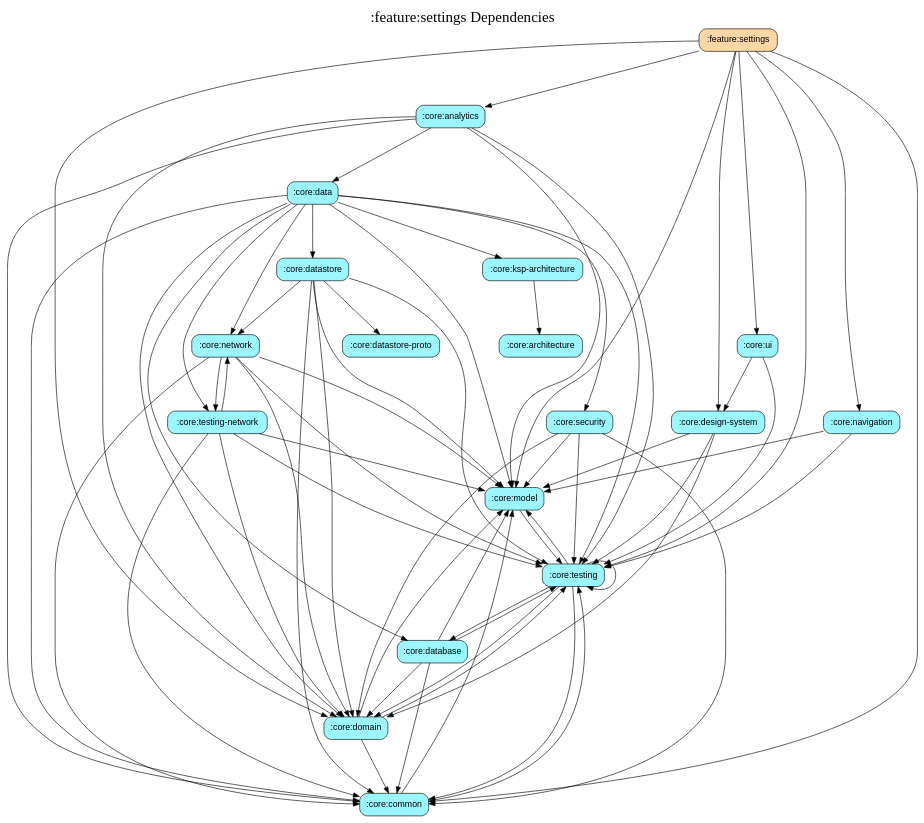
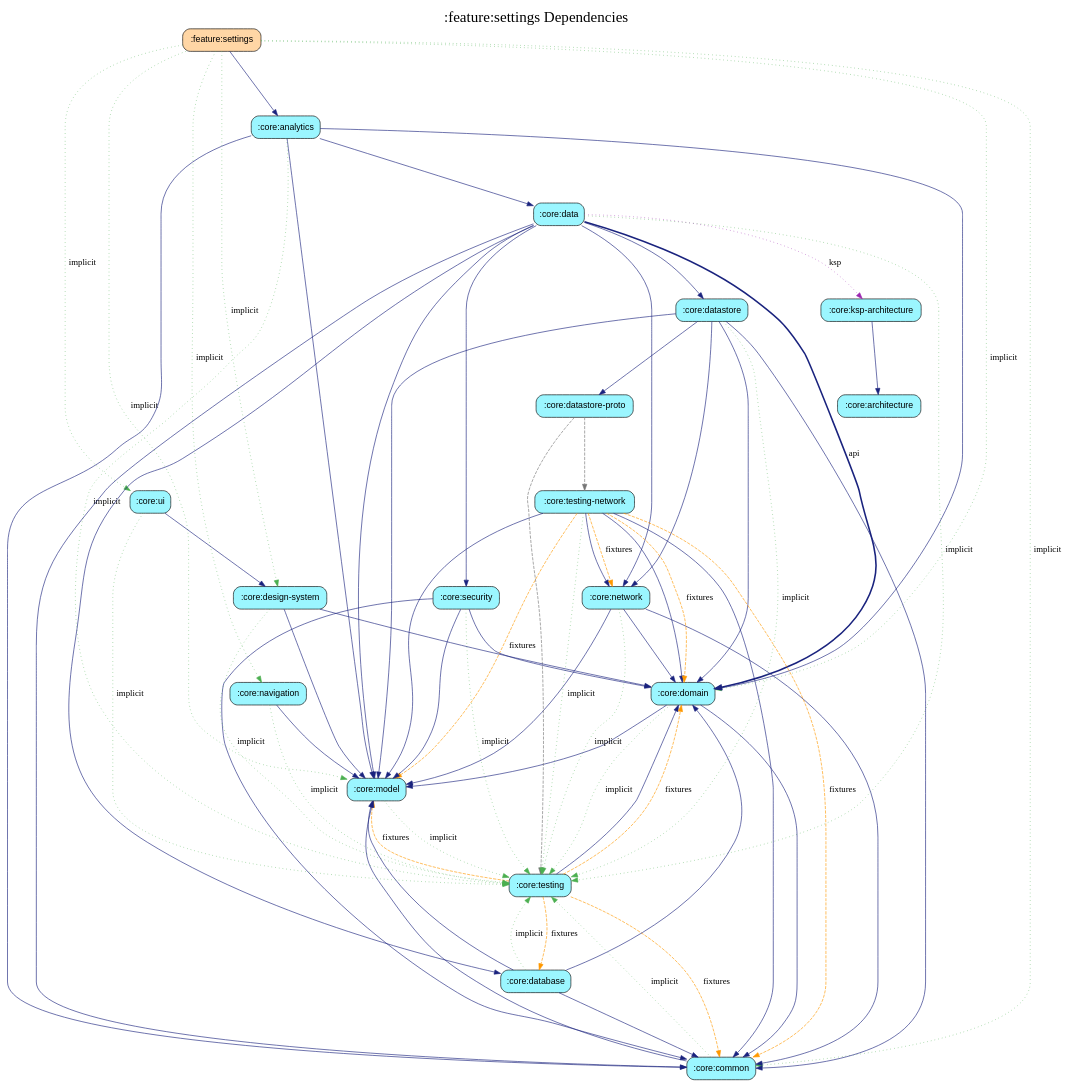
One commit to harrykibet/RealEstateApp-Android changed the diagram in feature/settings/module_graph.gv. Above: the diagram before and after it, drawn with Graphviz. The commit also changed 91 other files, not shown here.

```diff
--- a/feature/settings/module_graph.gv
+++ b/feature/settings/module_graph.gv
@@ -1,88 +1,91 @@
 digraph {
-  graph [label=":feature:settings Dependencies", labelloc=t, fontsize=24, ranksep=1.2];
+  graph [label=":feature:settings Dependencies", labelloc=t, fontsize=24, ranksep=1.4];
   node [style=filled, fillcolor="#bbdefb", fontname="sans-serif", shape=box, style="rounded,filled"];
   ":feature:settings" [fillcolor="#FFD6A5"];
   ":core:analytics" [fillcolor="#9BF6FF"];
   ":core:data" [fillcolor="#9BF6FF"];
-  ":core:ksp-architecture" [fillcolor="#9BF6FF"];
-  ":core:architecture" [fillcolor="#9BF6FF"];
+  ":core:domain" [fillcolor="#9BF6FF"];
   ":core:model" [fillcolor="#9BF6FF"];
   ":core:testing" [fillcolor="#9BF6FF"];
-  ":core:domain" [fillcolor="#9BF6FF"];
   ":core:common" [fillcolor="#9BF6FF"];
   ":core:database" [fillcolor="#9BF6FF"];
   ":core:datastore" [fillcolor="#9BF6FF"];
   ":core:network" [fillcolor="#9BF6FF"];
+  ":core:datastore-proto" [fillcolor="#9BF6FF"];
   ":core:testing-network" [fillcolor="#9BF6FF"];
-  ":core:datastore-proto" [fillcolor="#9BF6FF"];
   ":core:security" [fillcolor="#9BF6FF"];
+  ":core:ksp-architecture" [fillcolor="#9BF6FF"];
+  ":core:architecture" [fillcolor="#9BF6FF"];
   ":core:ui" [fillcolor="#9BF6FF"];
   ":core:design-system" [fillcolor="#9BF6FF"];
   ":core:navigation" [fillcolor="#9BF6FF"];
-  ":core:analytics" -> ":core:data"
-  ":core:analytics" -> ":core:domain"
-  ":core:analytics" -> ":core:model"
-  ":core:analytics" -> ":core:common"
-  ":core:analytics" -> ":core:testing"
-  ":core:network" -> ":core:common"
-  ":core:network" -> ":core:domain"
-  ":core:network" -> ":core:model"
-  ":core:network" -> ":core:testing-network"
-  ":core:network" -> ":core:testing"
-  ":core:ui" -> ":core:design-system"
-  ":core:ui" -> ":core:testing"
-  ":core:common" -> ":core:model"
-  ":core:common" -> ":core:testing"
-  ":core:navigation" -> ":core:model"
-  ":core:navigation" -> ":core:testing"
-  ":core:data" -> ":core:ksp-architecture"
-  ":core:data" -> ":core:model"
-  ":core:data" -> ":core:domain"
-  ":core:data" -> ":core:datastore"
-  ":core:data" -> ":core:common"
-  ":core:data" -> ":core:database"
-  ":core:data" -> ":core:security"
-  ":core:data" -> ":core:network"
-  ":core:data" -> ":core:testing-network"
-  ":core:data" -> ":core:testing"
-  ":core:domain" -> ":core:model"
-  ":core:domain" -> ":core:common"
-  ":core:domain" -> ":core:testing"
-  ":core:model" -> ":core:testing"
-  ":core:database" -> ":core:model"
-  ":core:database" -> ":core:domain"
-  ":core:database" -> ":core:common"
-  ":core:database" -> ":core:testing"
-  ":core:security" -> ":core:common"
-  ":core:security" -> ":core:domain"
-  ":core:security" -> ":core:model"
-  ":core:security" -> ":core:testing"
-  ":core:datastore" -> ":core:model"
-  ":core:datastore" -> ":core:domain"
-  ":core:datastore" -> ":core:common"
-  ":core:datastore" -> ":core:network"
-  ":core:datastore" -> ":core:datastore-proto"
-  ":core:datastore" -> ":core:testing"
-  ":core:design-system" -> ":core:model"
-  ":core:design-system" -> ":core:domain"
-  ":core:design-system" -> ":core:testing"
-  ":core:testing" -> ":core:domain"
-  ":core:testing" -> ":core:model"
-  ":core:testing" -> ":core:common"
-  ":core:testing" -> ":core:database"
-  ":core:testing" -> ":core:testing"
-  ":core:ksp-architecture" -> ":core:architecture"
-  ":core:testing-network" -> ":core:network"
-  ":core:testing-network" -> ":core:domain"
-  ":core:testing-network" -> ":core:model"
-  ":core:testing-network" -> ":core:common"
-  ":core:testing-network" -> ":core:testing"
-  ":feature:settings" -> ":core:analytics"
-  ":feature:settings" -> ":core:ui"
-  ":feature:settings" -> ":core:common"
-  ":feature:settings" -> ":core:domain"
-  ":feature:settings" -> ":core:navigation"
-  ":feature:settings" -> ":core:model"
-  ":feature:settings" -> ":core:design-system"
-  ":feature:settings" -> ":core:testing"
+  ":core:analytics" -> ":core:data" [color="#1A237E", style=solid]
+  ":core:analytics" -> ":core:domain" [color="#1A237E", style=solid]
+  ":core:analytics" -> ":core:model" [color="#1A237E", style=solid]
+  ":core:analytics" -> ":core:common" [color="#1A237E", style=solid]
+  ":core:analytics" -> ":core:testing" [color="#4CAF50", style=dotted, label="implicit"]
+  ":core:network" -> ":core:common" [color="#1A237E", style=solid]
+  ":core:network" -> ":core:domain" [color="#1A237E", style=solid]
+  ":core:network" -> ":core:model" [color="#1A237E", style=solid]
+  ":core:network" -> ":core:testing" [color="#4CAF50", style=dotted, label="implicit"]
+  ":core:ui" -> ":core:design-system" [color="#1A237E", style=solid]
+  ":core:ui" -> ":core:testing" [color="#4CAF50", style=dotted, label="implicit"]
+  ":core:common" -> ":core:model" [color="#1A237E", style=solid]
+  ":core:common" -> ":core:testing" [color="#4CAF50", style=dotted, label="implicit"]
+  ":core:navigation" -> ":core:model" [color="#1A237E", style=solid]
+  ":core:navigation" -> ":core:testing" [color="#4CAF50", style=dotted, label="implicit"]
+  ":core:data" -> ":core:domain" [color="#1A237E", penwidth=2.5, label="api"]
+  ":core:data" -> ":core:model" [color="#1A237E", style=solid]
+  ":core:data" -> ":core:datastore" [color="#1A237E", style=solid]
+  ":core:data" -> ":core:common" [color="#1A237E", style=solid]
+  ":core:data" -> ":core:database" [color="#1A237E", style=solid]
+  ":core:data" -> ":core:security" [color="#1A237E", style=solid]
+  ":core:data" -> ":core:network" [color="#1A237E", style=solid]
+  ":core:data" -> ":core:ksp-architecture" [color="#9C27B0", style=dotted, label="ksp"]
+  ":core:data" -> ":core:testing" [color="#4CAF50", style=dotted, label="implicit"]
+  ":core:domain" -> ":core:model" [color="#1A237E", style=solid]
+  ":core:domain" -> ":core:common" [color="#1A237E", style=solid]
+  ":core:domain" -> ":core:testing" [color="#4CAF50", style=dotted, label="implicit"]
+  ":core:model" -> ":core:testing" [color="#4CAF50", style=dotted, label="implicit"]
+  ":core:database" -> ":core:model" [color="#1A237E", style=solid]
+  ":core:database" -> ":core:domain" [color="#1A237E", style=solid]
+  ":core:database" -> ":core:common" [color="#1A237E", style=solid]
+  ":core:database" -> ":core:testing" [color="#4CAF50", style=dotted, label="implicit"]
+  ":core:security" -> ":core:common" [color="#1A237E", style=solid]
+  ":core:security" -> ":core:domain" [color="#1A237E", style=solid]
+  ":core:security" -> ":core:model" [color="#1A237E", style=solid]
+  ":core:security" -> ":core:testing" [color="#4CAF50", style=dotted, label="implicit"]
+  ":core:datastore" -> ":core:model" [color="#1A237E", style=solid]
+  ":core:datastore" -> ":core:domain" [color="#1A237E", style=solid]
+  ":core:datastore" -> ":core:common" [color="#1A237E", style=solid]
+  ":core:datastore" -> ":core:network" [color="#1A237E", style=solid]
+  ":core:datastore" -> ":core:datastore-proto" [color="#1A237E", style=solid]
+  ":core:datastore" -> ":core:testing" [color="#4CAF50", style=dotted, label="implicit"]
+  ":core:design-system" -> ":core:model" [color="#1A237E", style=solid]
+  ":core:design-system" -> ":core:domain" [color="#1A237E", style=solid]
+  ":core:design-system" -> ":core:testing" [color="#4CAF50", style=dotted, label="implicit"]
+  ":core:testing" -> ":core:domain" [color="#1A237E", style=solid]
+  ":core:testing" -> ":core:model" [color="#FF9800", style=dashed, label="fixtures"]
+  ":core:testing" -> ":core:common" [color="#FF9800", style=dashed, label="fixtures"]
+  ":core:testing" -> ":core:domain" [color="#FF9800", style=dashed, label="fixtures"]
+  ":core:testing" -> ":core:database" [color="#FF9800", style=dashed, label="fixtures"]
+  ":core:ksp-architecture" -> ":core:architecture" [color="#1A237E", style=solid]
+  ":core:testing-network" -> ":core:network" [color="#1A237E", style=solid]
+  ":core:testing-network" -> ":core:domain" [color="#1A237E", style=solid]
+  ":core:testing-network" -> ":core:model" [color="#1A237E", style=solid]
+  ":core:testing-network" -> ":core:common" [color="#1A237E", style=solid]
+  ":core:testing-network" -> ":core:network" [color="#FF9800", style=dashed, label="fixtures"]
+  ":core:testing-network" -> ":core:domain" [color="#FF9800", style=dashed, label="fixtures"]
+  ":core:testing-network" -> ":core:model" [color="#FF9800", style=dashed, label="fixtures"]
+  ":core:testing-network" -> ":core:common" [color="#FF9800", style=dashed, label="fixtures"]
+  ":core:testing-network" -> ":core:testing" [color="#4CAF50", style=dotted, label="implicit"]
+  ":core:datastore-proto" -> ":core:testing" [color="#757575", style=dashed]
+  ":core:datastore-proto" -> ":core:testing-network" [color="#757575", style=dashed]
+  ":feature:settings" -> ":core:analytics" [color="#1A237E", style=solid]
+  ":feature:settings" -> ":core:ui" [color="#4CAF50", style=dotted, label="implicit"]
+  ":feature:settings" -> ":core:common" [color="#4CAF50", style=dotted, label="implicit"]
+  ":feature:settings" -> ":core:domain" [color="#4CAF50", style=dotted, label="implicit"]
+  ":feature:settings" -> ":core:navigation" [color="#4CAF50", style=dotted, label="implicit"]
+  ":feature:settings" -> ":core:model" [color="#4CAF50", style=dotted, label="implicit"]
+  ":feature:settings" -> ":core:design-system" [color="#4CAF50", style=dotted, label="implicit"]
 }
```
